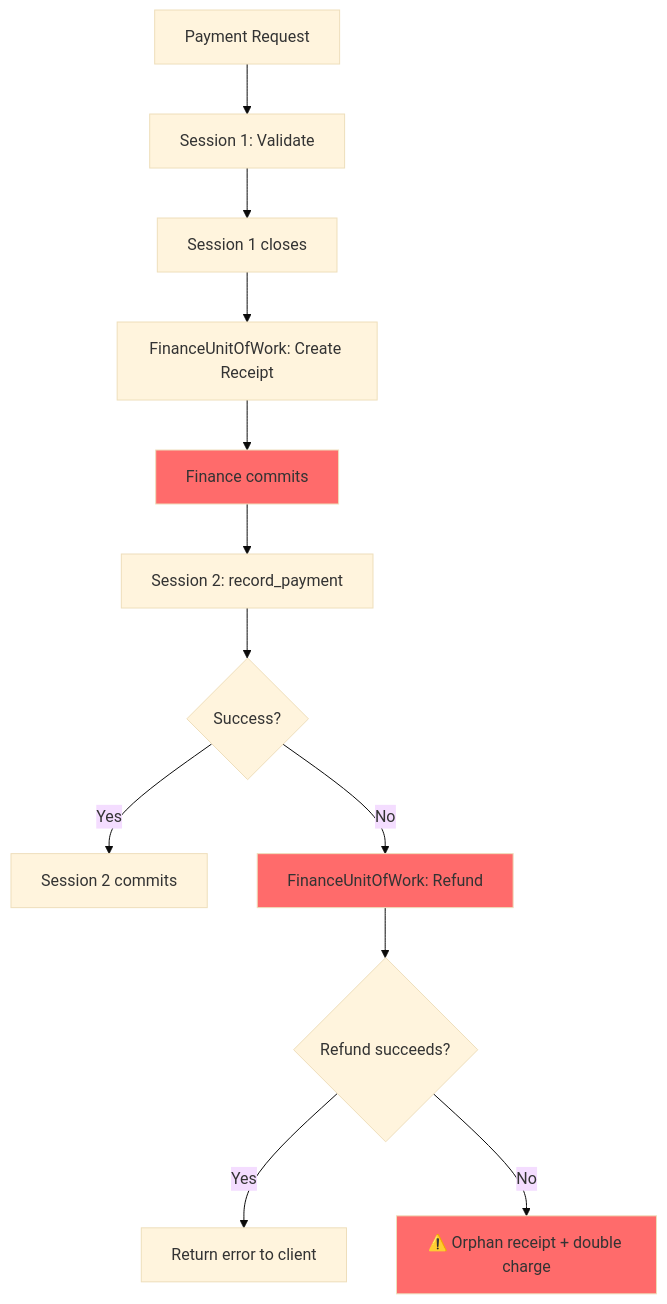
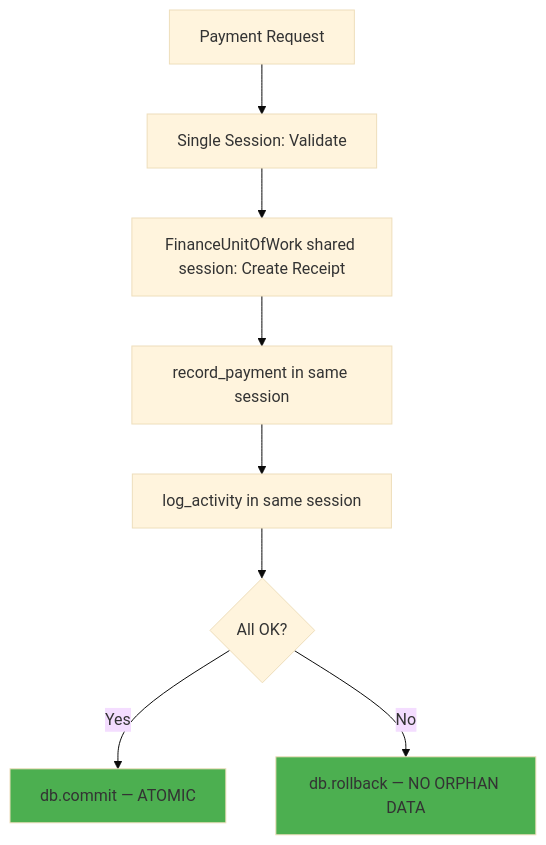
One commit to ibrhmahmd/techno-terminal changed the eighth of 8 diagrams in specs/010-competition-feature-enhancements/audit-report.md. Above: the diagram before and after it, drawn with Mermaid (base theme). The commit also changed other lines of this file and 27 other files, not shown here.

````diff
--- a/specs/010-competition-feature-enhancements/audit-report.md
+++ b/specs/010-competition-feature-enhancements/audit-report.md
@@ -449,18 +404,13 @@
 ```mermaid
 graph TD
-    A[Payment Request] --> B[Session 1: Validate]
-    B --> C[Session 1 closes]
-    C --> D[FinanceUnitOfWork: Create Receipt]
-    D --> E[Finance commits]
-    E --> F[Session 2: record_payment]
-    F --> G{Success?}
-    G -->|Yes| H[Session 2 commits]
-    G -->|No| I[FinanceUnitOfWork: Refund]
-    I --> J{Refund succeeds?}
-    J -->|Yes| K[Return error to client]
-    J -->|No| L[⚠️ Orphan receipt + double charge]
+    A[Payment Request] --> B[Single Session: Validate]
+    B --> C[FinanceUnitOfWork shared session: Create Receipt]
+    C --> D[record_payment in same session]
+    D --> E[log_activity in same session]
+    E --> F{All OK?}
+    F -->|Yes| G[db.commit — ATOMIC]
+    F -->|No| H[db.rollback — NO ORPHAN DATA]
 
-    style L fill:#ff6b6b
-    style E fill:#ff6b6b
-    style I fill:#ff6b6b
+    style G fill:#4caf50
+    style H fill:#4caf50
 ```
````
